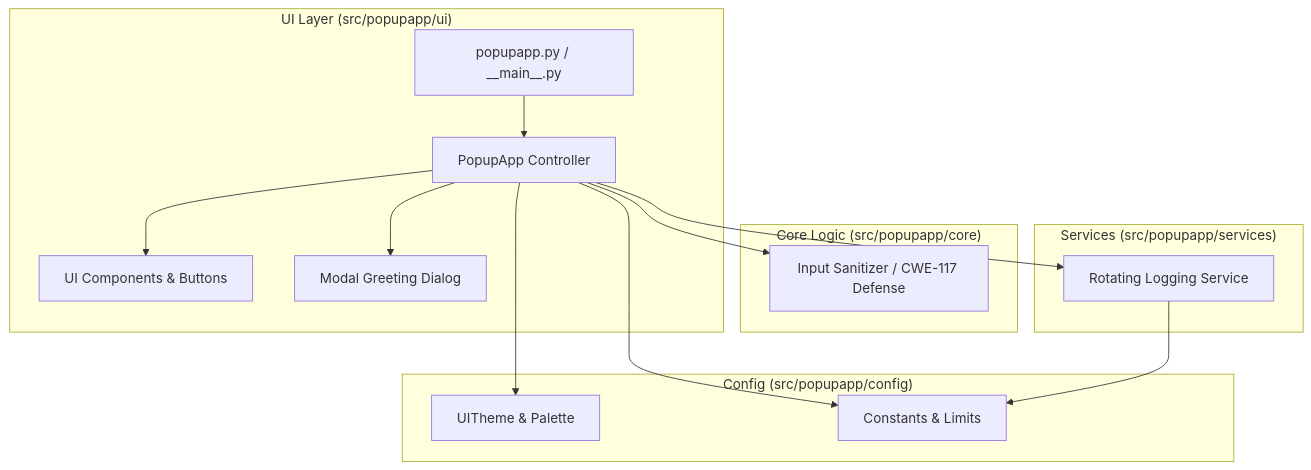
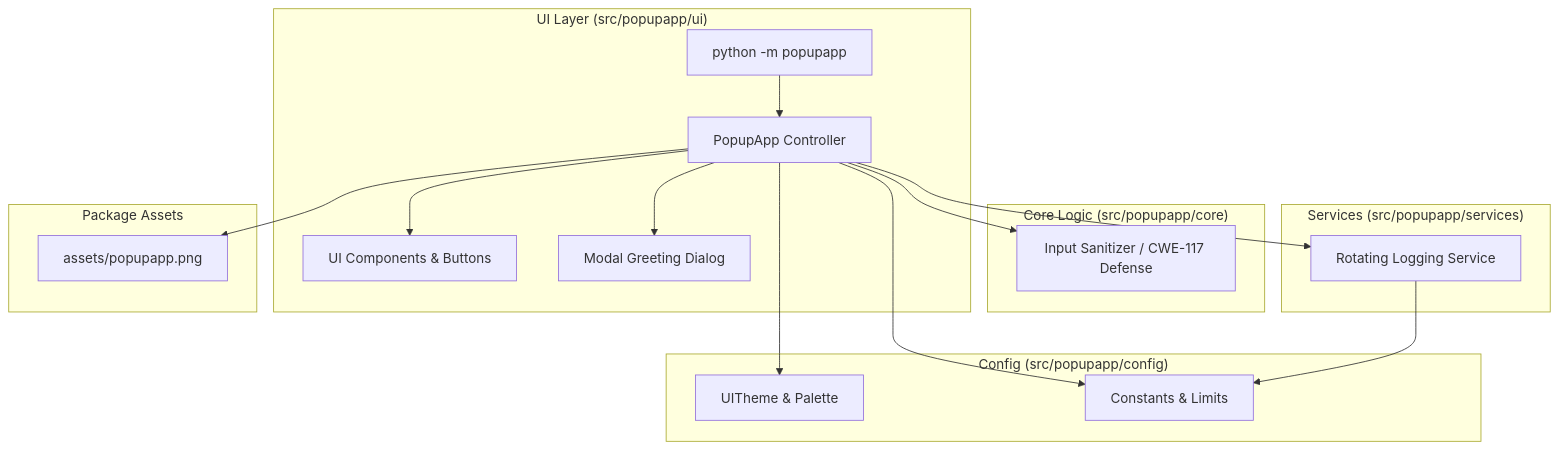
Before and after one commit to Sopwit/PopUp-App: the diagram in docs/ARCHITECTURE.md, drawn with Mermaid. The commit also changed 23 other files, not shown here.

````diff
--- a/docs/ARCHITECTURE.md
+++ b/docs/ARCHITECTURE.md
@@ -7,27 +7,32 @@
 ```mermaid
 graph TD
     subgraph UI Layer ["UI Layer (src/popupapp/ui)"]
-        Entry[popupapp.py / __main__.py] --> App[PopupApp Controller]
+        Entry[python -m popupapp] --> App[PopupApp Controller]
         App --> Components[UI Components & Buttons]
         App --> Modal[Modal Greeting Dialog]
     end
 
     subgraph Core Domain ["Core Logic (src/popupapp/core)"]
         Sanitizer[Input Sanitizer / CWE-117 Defense]
     end
 
     subgraph Infrastructure ["Services (src/popupapp/services)"]
         LoggingService[Rotating Logging Service]
     end
 
     subgraph Configuration ["Config (src/popupapp/config)"]
         Theme[UITheme & Palette]
         Constants[Constants & Limits]
     end
 
+    subgraph Assets ["Package Assets"]
+        Icon[assets/popupapp.png]
+    end
+
     App --> Sanitizer
     App --> LoggingService
     App --> Theme
     App --> Constants
+    App --> Icon
     LoggingService --> Constants
 ```
````
